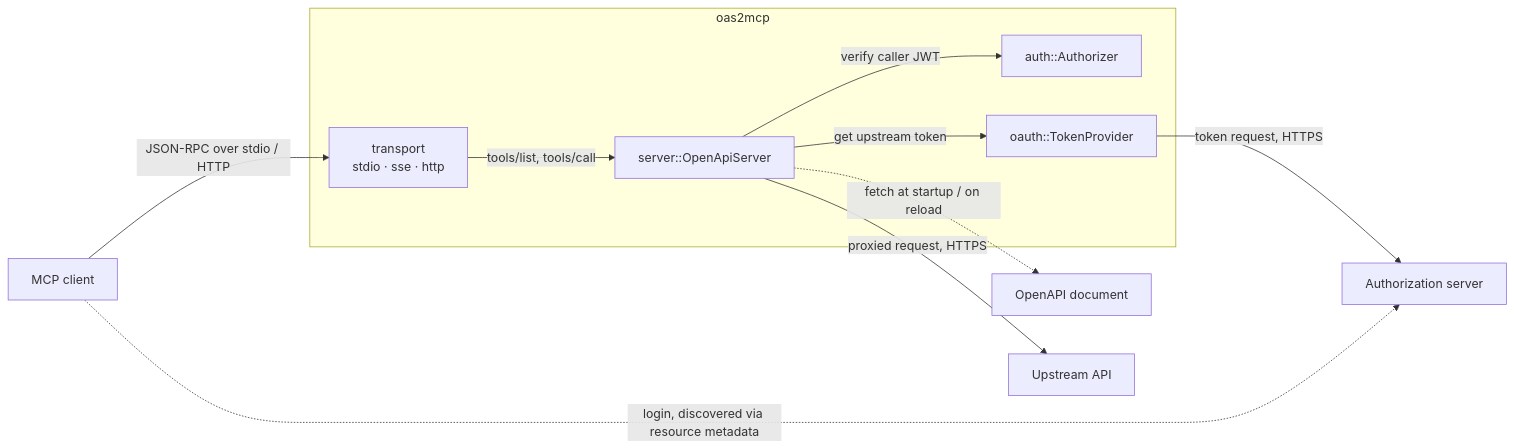
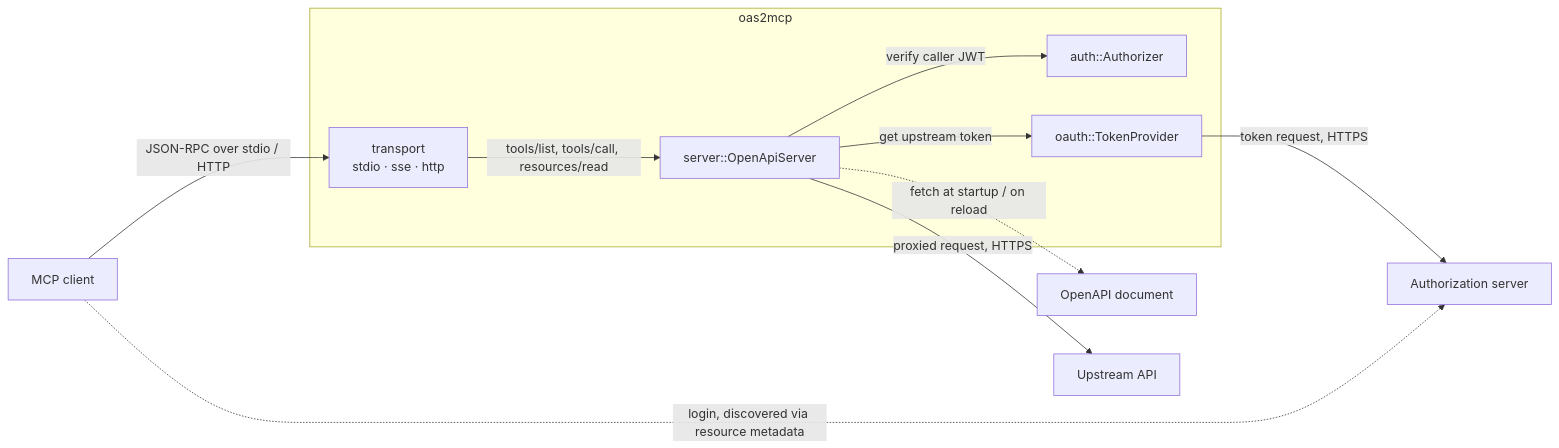
Before and after one commit to therealm-tech/oas2mcp: the first of 2 diagrams in ARCHITECTURE.md, drawn with Mermaid. The commit also changed other lines of this file and 9 other files, not shown here.

````diff
--- a/ARCHITECTURE.md
+++ b/ARCHITECTURE.md
@@ -11,22 +11,22 @@
 ```mermaid
 flowchart LR
     client["MCP client"]
     idp["Authorization server"]
     subgraph oas2mcp
         transport["transport<br/>stdio · sse · http"]
         server["server::OpenApiServer"]
         auth["auth::Authorizer"]
         oauth["oauth::TokenProvider"]
     end
     doc["OpenAPI document"]
     api["Upstream API"]
 
     client -->|"JSON-RPC over stdio / HTTP"| transport
-    transport -->|"tools/list, tools/call"| server
+    transport -->|"tools/list, tools/call, resources/read"| server
     server -->|"verify caller JWT"| auth
     server -->|"get upstream token"| oauth
     oauth -->|"token request, HTTPS"| idp
     server -->|"proxied request, HTTPS"| api
     server -.->|"fetch at startup / on reload"| doc
     client -.->|"login, discovered via resource metadata"| idp
 ```
````
